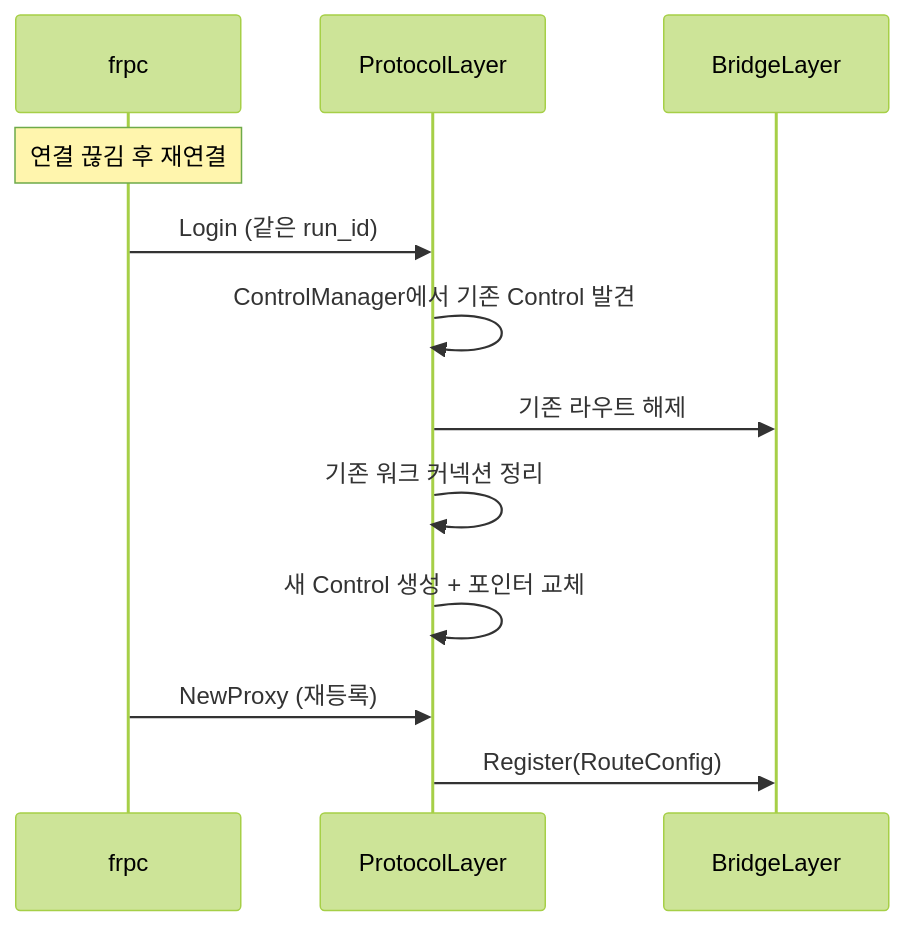
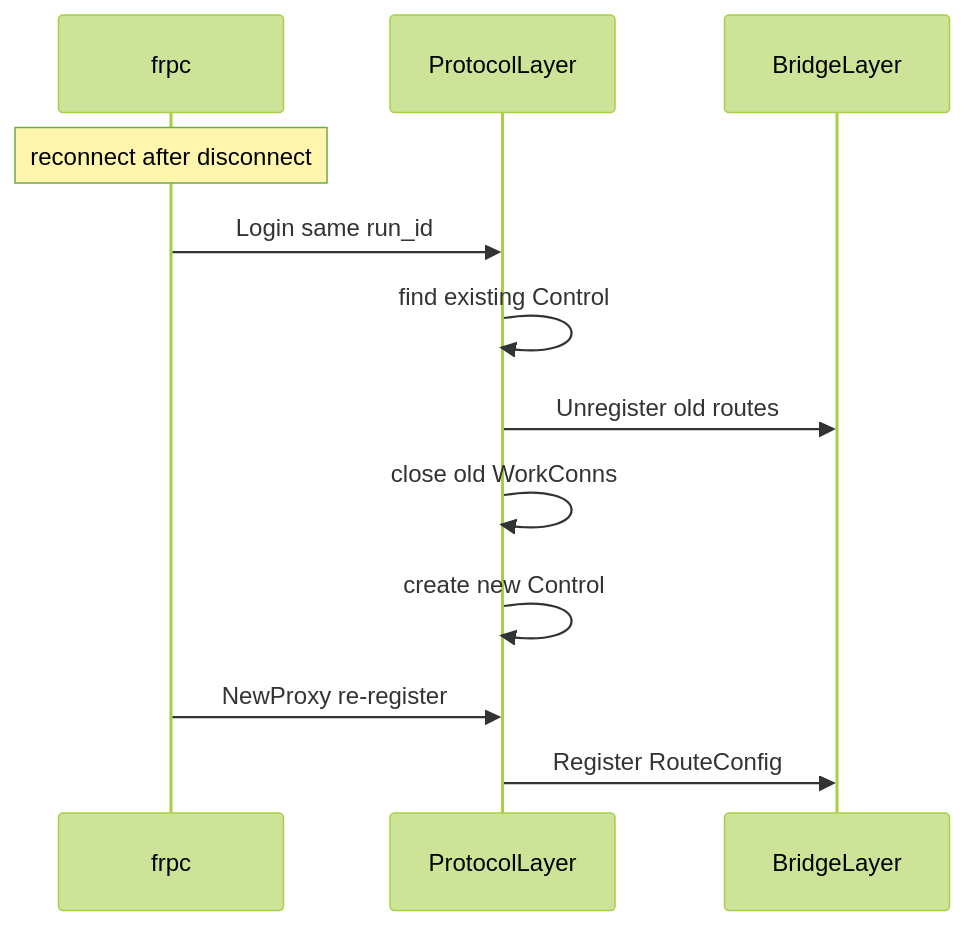
Before and after one commit to cagojeiger/drp: the sixth of 6 diagrams in docs/architecture/protocol-layer.md, drawn with Mermaid (forest theme). The commit also changed other lines of this file and 2 other files, not shown here.

First line of the commit message:
fix(docs): fix Mermaid syntax for VS Code compatibility

````diff
--- a/docs/architecture/protocol-layer.md
+++ b/docs/architecture/protocol-layer.md
@@ -137,17 +137,17 @@
 ```mermaid
 sequenceDiagram
     participant F as frpc
     participant P as ProtocolLayer
     participant B as BridgeLayer
 
-    Note over F: 연결 끊김 후 재연결
+    Note over F: reconnect after disconnect
 
-    F->>P: Login (같은 run_id)
-    P->>P: ControlManager에서 기존 Control 발견
-    P->>B: 기존 라우트 해제
-    P->>P: 기존 워크 커넥션 정리
-    P->>P: 새 Control 생성 + 포인터 교체
+    F->>P: Login same run_id
+    P->>P: find existing Control
+    P->>B: Unregister old routes
+    P->>P: close old WorkConns
+    P->>P: create new Control
 
-    F->>P: NewProxy (재등록)
-    P->>B: Register(RouteConfig)
+    F->>P: NewProxy re-register
+    P->>B: Register RouteConfig
 ```
````
